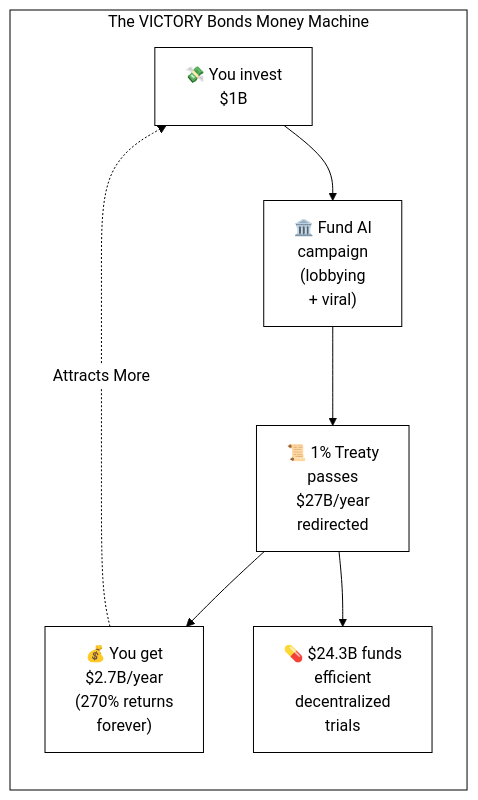
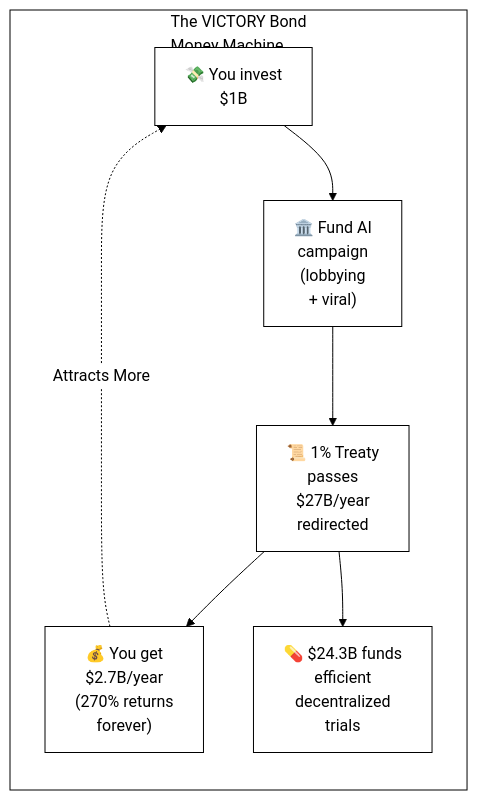
Before and after one commit to mikepsinn/disease-eradication-plan: the diagram in brain/figures/victory-bonds-money-flow-diagram.qmd, drawn with Mermaid.

Commit message:
Update victory-bonds-money-flow-diagram.qmd to improve clarity by modifying the subgraph title from "The VICTORY Bonds Money Machine" to "The VICTORY Bond<br/>Money Machine," enhancing readability and presentation in the flowchart.

````diff
--- a/brain/figures/victory-bonds-money-flow-diagram.qmd
+++ b/brain/figures/victory-bonds-money-flow-diagram.qmd
@@ -1,17 +1,17 @@
 ```{mermaid}
 %%{init: {'theme':'base', 'themeVariables': { 'primaryColor':'#fff', 'primaryTextColor':'#000', 'primaryBorderColor':'#000', 'lineColor':'#000', 'secondaryColor':'#fff', 'tertiaryColor':'#fff', 'clusterBkg':'#fff', 'clusterBorder':'#000', 'edgeLabelBackground':'#fff', 'fontFamily':'Courier New, monospace'}}}%%
 flowchart LR
-    subgraph "The VICTORY Bonds Money Machine"
+    subgraph "The VICTORY Bond<br/>Money Machine"
         Investors["💸 You invest<br/>$1B"]
         Campaign["🏛️ Fund AI<br/>campaign<br/>(lobbying<br/>+ viral)"]
         Treaty["📜 1% Treaty<br/>passes<br/>$27B/year<br/>redirected"]
         Returns["💰 You get<br/>$2.7B/year<br/>(270% returns<br/>forever)"]
         Cures["💊 $24.3B funds<br/>efficient<br/>decentralized<br/>trials"]
     end
 
     Investors --> Campaign
     Campaign --> Treaty
     Treaty --> Returns
     Treaty --> Cures
     Returns -.->|"Attracts More"| Investors
 ```
````
